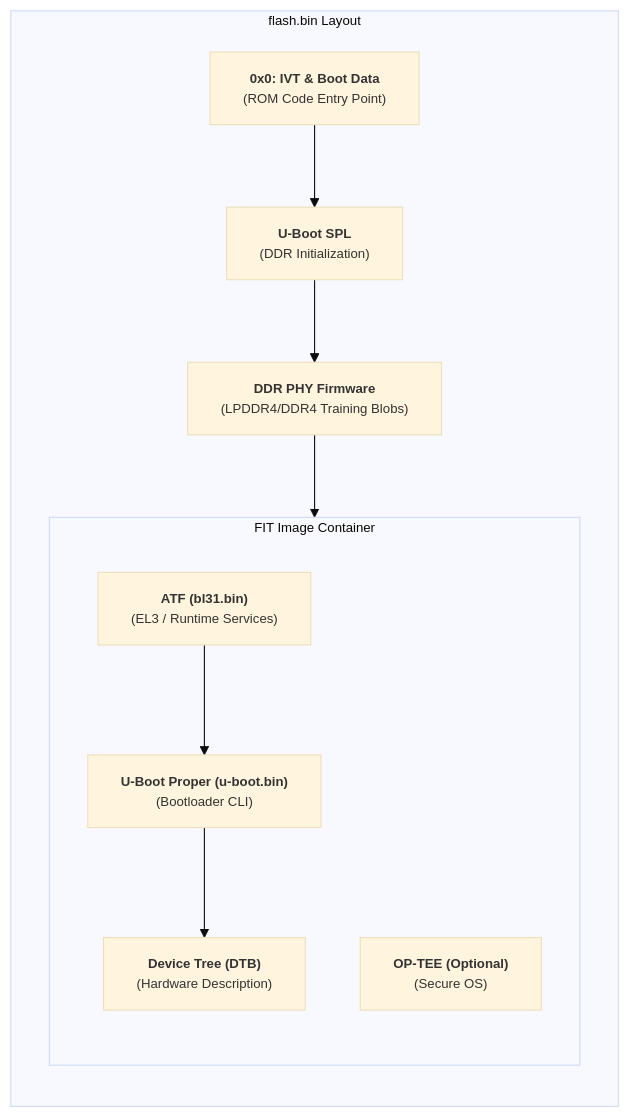
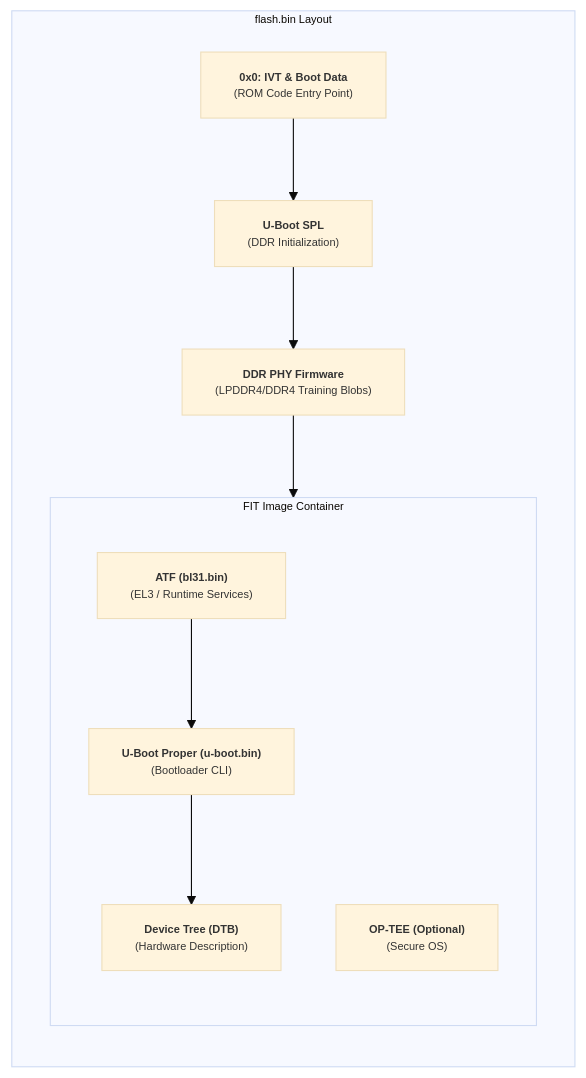
The first of 2 diagrams in U-Boot/U-Boot-layout.md (jinho-yoo/imx8m-quad-embedded-linux), drawn with Mermaid before and after one commit.

````diff
--- a/U-Boot/U-Boot-layout.md
+++ b/U-Boot/U-Boot-layout.md
@@ -58,25 +58,25 @@
 ```mermaid
-%%{init: {'theme': 'base', 'themeVariables': { 'fontSize': '12px'}}}%%
+%%{init: {'theme': 'base', 'themeVariables': { 'fontSize': '10px'}}}%%
 graph TD
     subgraph Flash_Binary [flash.bin Layout]
         direction TB
         
         Header["<b>0x0: IVT & Boot Data</b><br/>(ROM Code Entry Point)"]
         SPL["<b>U-Boot SPL</b><br/>(DDR Initialization)"]
         DDR_FW["<b>DDR PHY Firmware</b><br/>(LPDDR4/DDR4 Training Blobs)"]
         
         subgraph FIT_Container [FIT Image Container]
             direction TB
             ATF["<b>ATF (bl31.bin)</b><br/>(EL3 / Runtime Services)"]
             UBOOT["<b>U-Boot Proper (u-boot.bin)</b><br/>(Bootloader CLI)"]
             DTB["<b>Device Tree (DTB)</b><br/>(Hardware Description)"]
             TEE["<b>OP-TEE (Optional)</b><br/>(Secure OS)"]
         end
     end
 
     Header --> SPL
     SPL --> DDR_FW
     DDR_FW --> ATF
     ATF --> UBOOT
     UBOOT --> DTB
 ```
````
